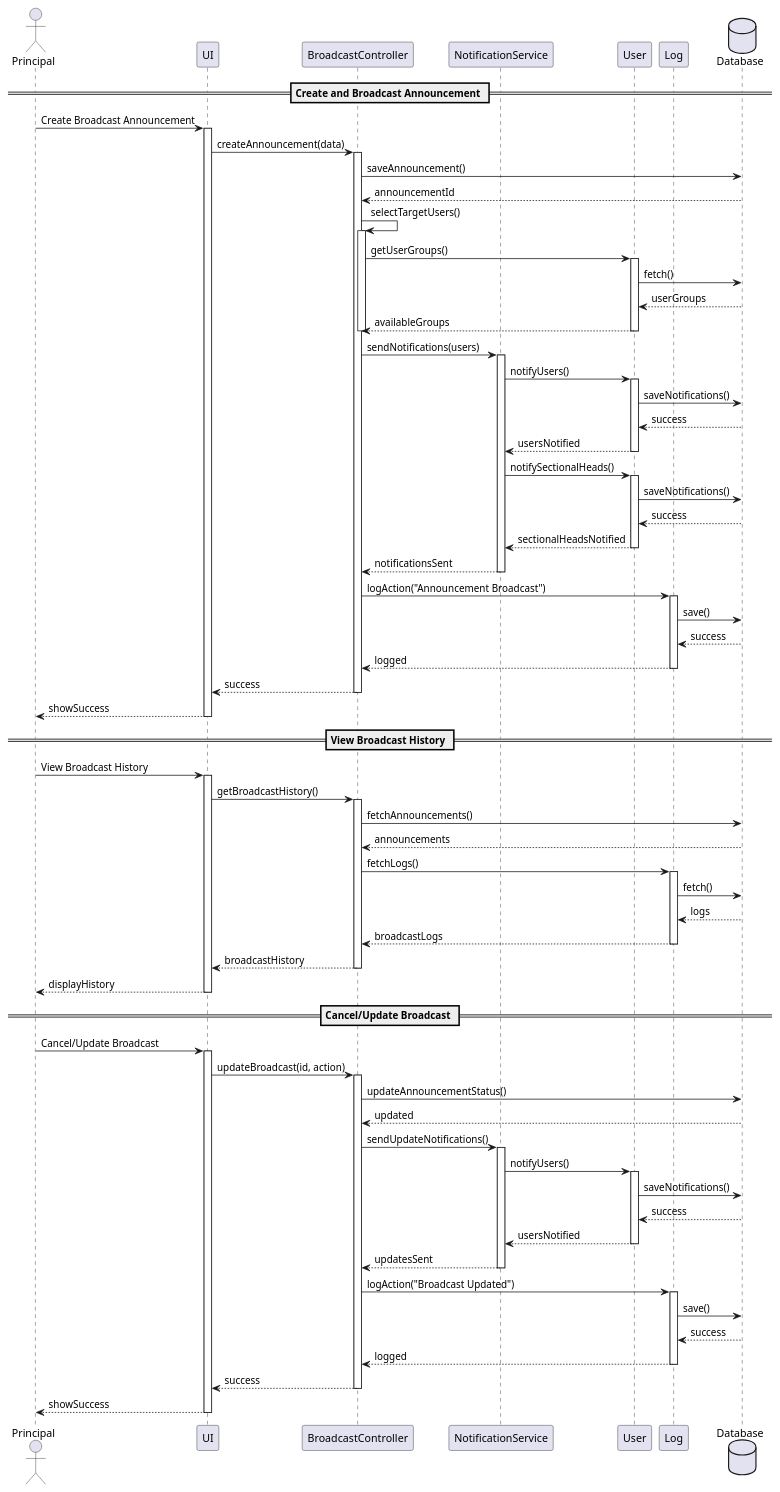
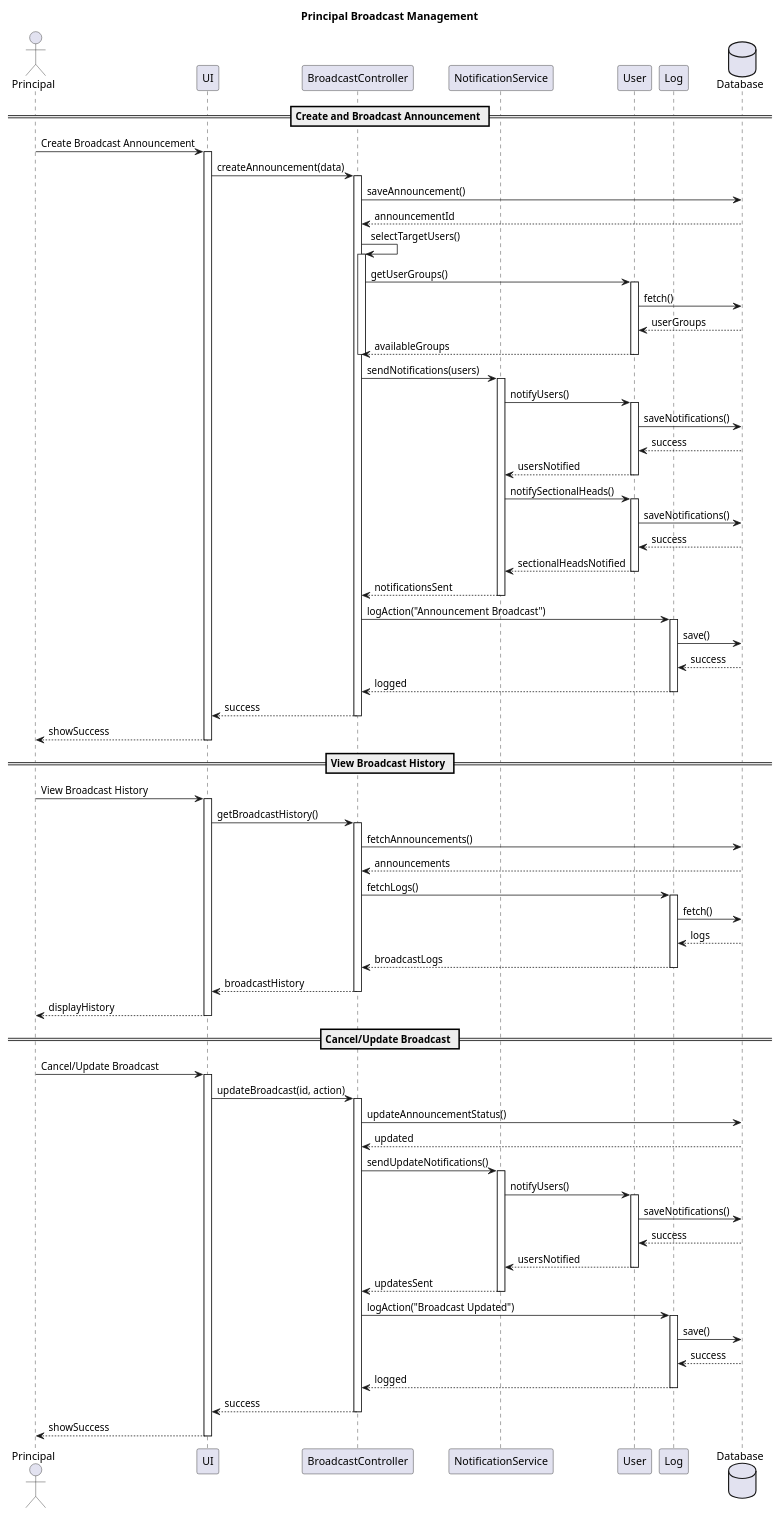
Before and after one commit to AdithyaSean/School-Management-System: the diagram in docs/sequence/principal-broadcast-management.puml, drawn with PlantUML. The commit also changed 15 other files, not shown here.

Commit message:
Add titles to use case and sequence diagrams; create new diagrams for attendance, profile, communication, and authentication management

```diff
--- a/docs/sequence/principal-broadcast-management.puml
+++ b/docs/sequence/principal-broadcast-management.puml
@@ -1,115 +1,116 @@
 @startuml Principal Broadcast Management
+title Principal Broadcast Management
 
 actor "Principal" as P
 participant "UI" as UI
 participant "BroadcastController" as BC
 participant "NotificationService" as NS
 participant "User" as U
 participant "Log" as L
 database "Database" as DB
 
 == Create and Broadcast Announcement ==
 P -> UI: Create Broadcast Announcement
 activate UI
 UI -> BC: createAnnouncement(data)
 activate BC
 
 BC -> DB: saveAnnouncement()
 DB --> BC: announcementId
 
 BC -> BC: selectTargetUsers()
 activate BC
 BC -> U: getUserGroups()
 activate U
 U -> DB: fetch()
 DB --> U: userGroups
 U --> BC: availableGroups
 deactivate U
 deactivate BC
 
 BC -> NS: sendNotifications(users)
 activate NS
 
 NS -> U: notifyUsers()
 activate U
 U -> DB: saveNotifications()
 DB --> U: success
 U --> NS: usersNotified
 deactivate U
 
 NS -> U: notifySectionalHeads()
 activate U
 U -> DB: saveNotifications()
 DB --> U: success
 U --> NS: sectionalHeadsNotified
 deactivate U
 
 NS --> BC: notificationsSent
 deactivate NS
 
 BC -> L: logAction("Announcement Broadcast")
 activate L
 L -> DB: save()
 DB --> L: success
 L --> BC: logged
 deactivate L
 
 BC --> UI: success
 deactivate BC
 UI --> P: showSuccess
 deactivate UI
 
 == View Broadcast History ==
 P -> UI: View Broadcast History
 activate UI
 UI -> BC: getBroadcastHistory()
 activate BC
 
 BC -> DB: fetchAnnouncements()
 DB --> BC: announcements
 
 BC -> L: fetchLogs()
 activate L
 L -> DB: fetch()
 DB --> L: logs
 L --> BC: broadcastLogs
 deactivate L
 
 BC --> UI: broadcastHistory
 deactivate BC
 UI --> P: displayHistory
 deactivate UI
 
 == Cancel/Update Broadcast ==
 P -> UI: Cancel/Update Broadcast
 activate UI
 UI -> BC: updateBroadcast(id, action)
 activate BC
 
 BC -> DB: updateAnnouncementStatus()
 DB --> BC: updated
 
 BC -> NS: sendUpdateNotifications()
 activate NS
 NS -> U: notifyUsers()
 activate U
 U -> DB: saveNotifications()
 DB --> U: success
 U --> NS: usersNotified
 deactivate U
 NS --> BC: updatesSent
 deactivate NS
 
 BC -> L: logAction("Broadcast Updated")
 activate L
 L -> DB: save()
 DB --> L: success
 L --> BC: logged
 deactivate L
 
 BC --> UI: success
 deactivate BC
 UI --> P: showSuccess
 deactivate UI
 
 @enduml
```
